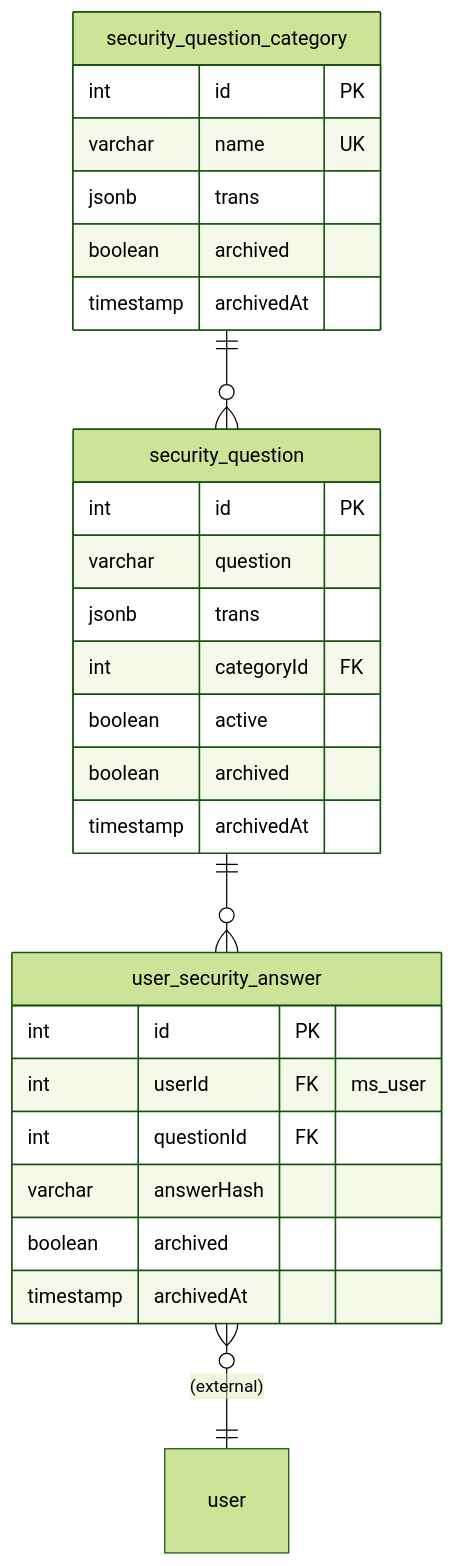
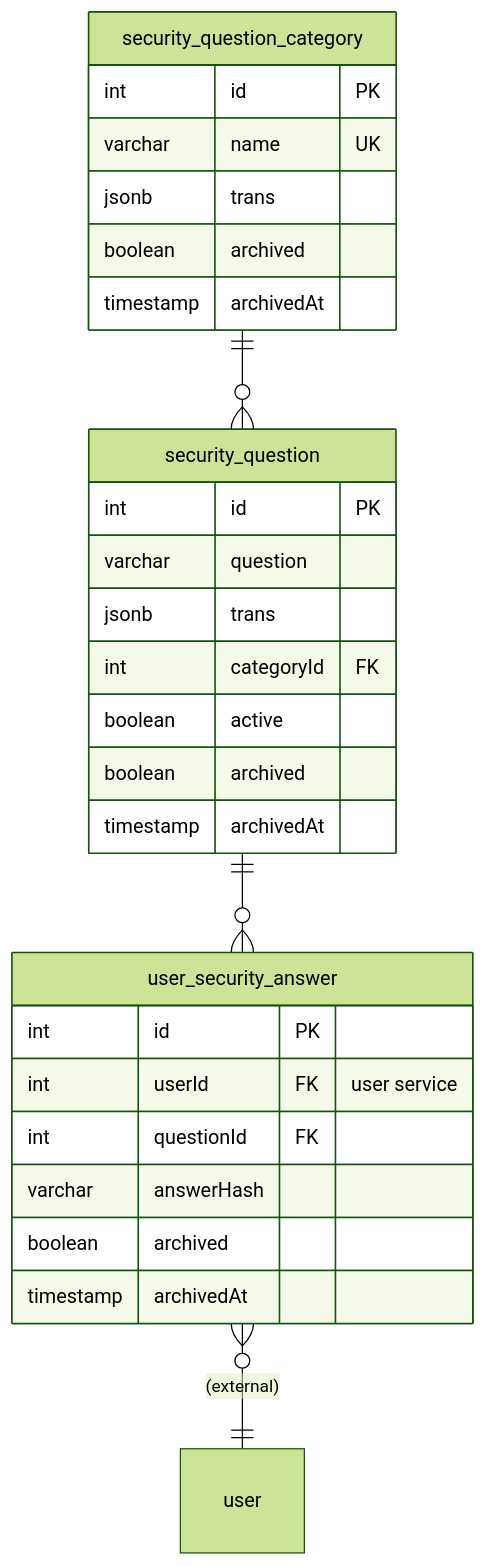
One commit to ALTEN-group/Foxnox changed the second of 2 diagrams in doc/erd.md. Above: the diagram before and after it, drawn with Mermaid (forest theme). The commit also changed other lines of this file and 44 other files, not shown here.

````diff
--- a/doc/erd.md
+++ b/doc/erd.md
@@ -89,42 +89,42 @@
 ```mermaid
 ---
 caption: Entity Relationship Diagram - Security Questions
 ---
 
 erDiagram
 
   security_question_category ||--o{ security_question : ""
   security_question ||--o{ user_security_answer : ""
   user_security_answer }o--|| user : "(external)"
 
   security_question_category {
     int id PK
     varchar name UK
     jsonb trans
     boolean archived
     timestamp archivedAt
   }
 
   security_question {
     int id PK
     varchar question
     jsonb trans
     int categoryId FK
     boolean active
     boolean archived
     timestamp archivedAt
   }
 
   user_security_answer {
     int id PK
-    int userId FK "ms_user"
+    int userId FK "user service"
     int questionId FK
     varchar answerHash
     boolean archived
     timestamp archivedAt
   }
 
   user {
 
   }
 ```
````
